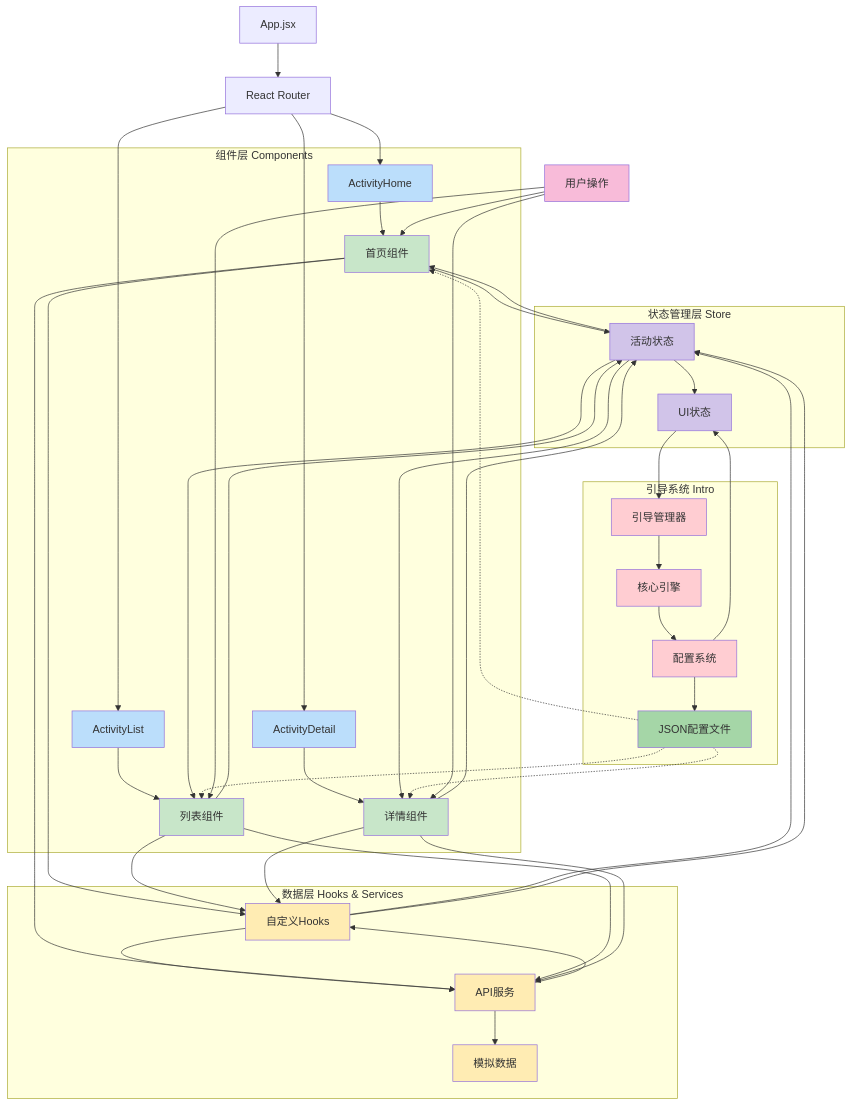
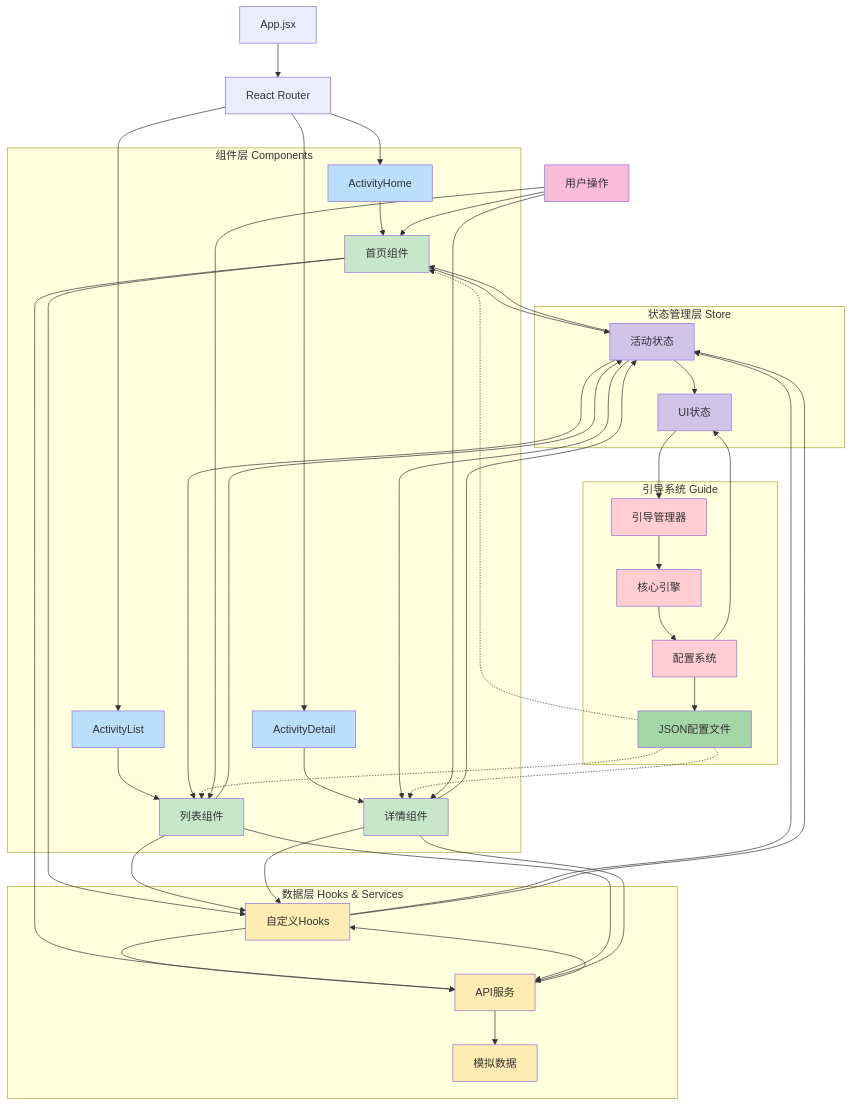
One commit to Mingjun-Lyu/ByteDance-Engineering-Camp changed the first of 4 diagrams in README.md. Above: the diagram before and after it, drawn with Mermaid. The commit also changed other lines of this file and 21 other files, not shown here.

```diff
--- a/README.md
+++ b/README.md
@@ -58,7 +58,7 @@
         Mock[模拟数据]
     end
     
-    subgraph "引导系统 Intro"
+    subgraph "引导系统 Guide"
         GuideManager[引导管理器]
         GuideCore[核心引擎]
         GuideConfig[配置系统]
```
